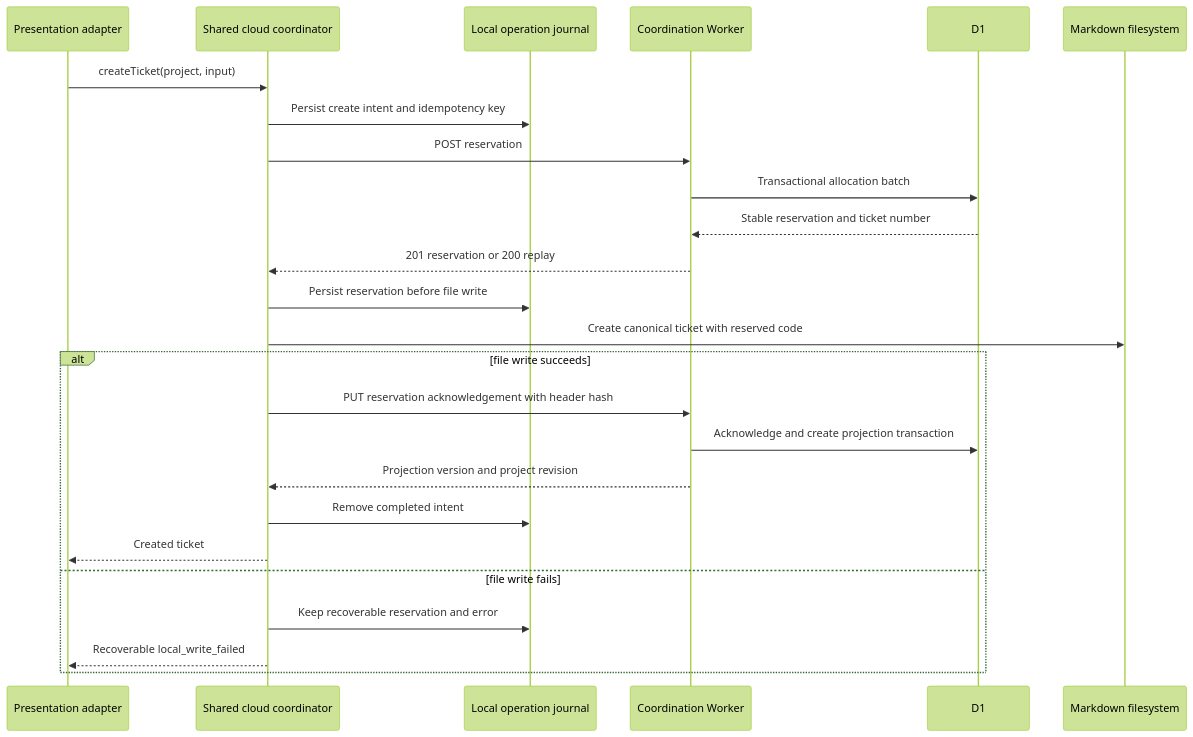
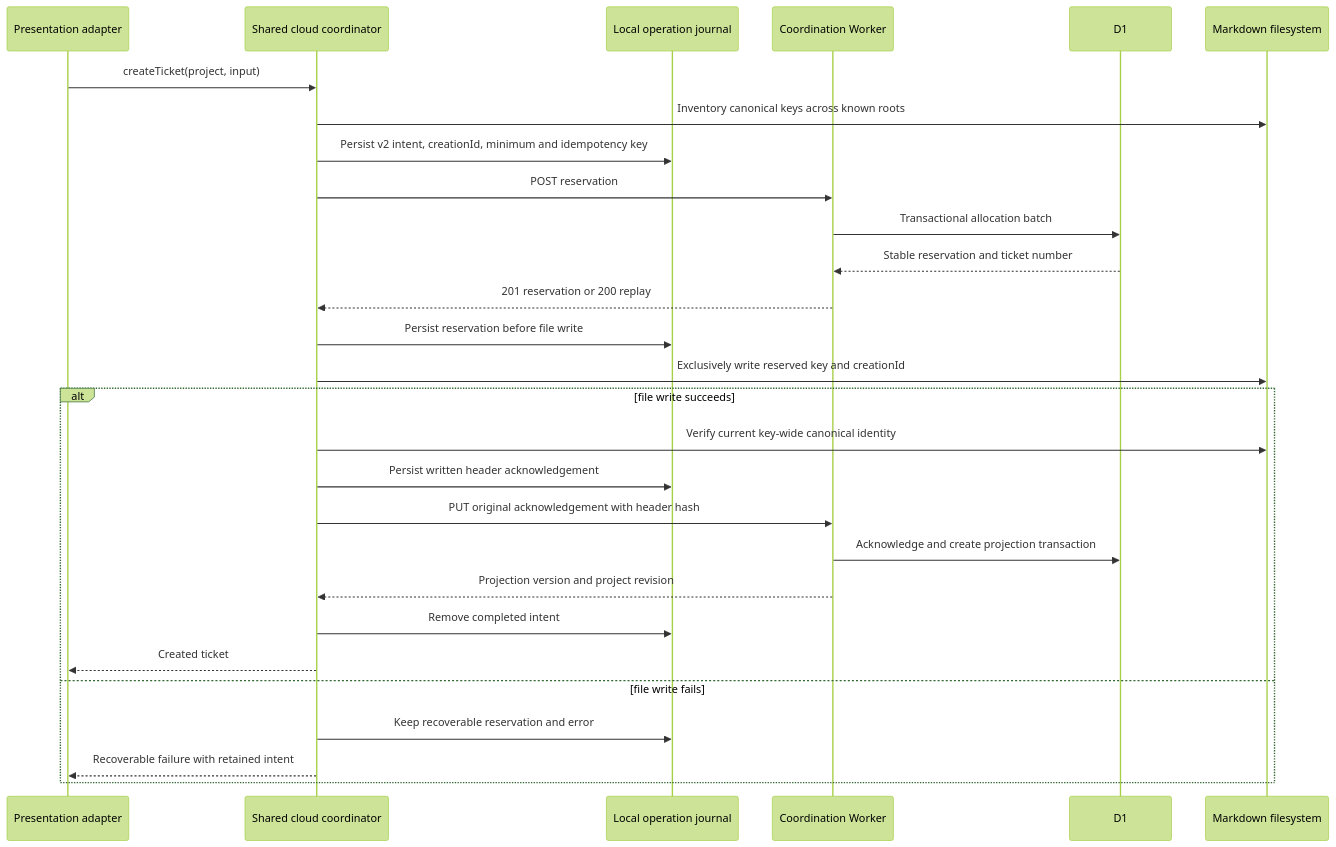
One commit to andkirby/markdown-ticket changed the second of 2 diagrams in docs/architecture/cloud-sync/data-and-consistency.md. Above: the diagram before and after it, drawn with Mermaid (forest theme). The commit also changed other lines of this file and 86 other files, not shown here.

````diff
--- a/docs/architecture/cloud-sync/data-and-consistency.md
+++ b/docs/architecture/cloud-sync/data-and-consistency.md
@@ -210,28 +215,31 @@
 ```mermaid
 sequenceDiagram
   participant A as Presentation adapter
   participant S as Shared cloud coordinator
   participant J as Local operation journal
   participant W as Coordination Worker
   participant D as D1
   participant F as Markdown filesystem
 
   A->>S: createTicket(project, input)
-  S->>J: Persist create intent and idempotency key
+  S->>F: Inventory canonical keys across known roots
+  S->>J: Persist v2 intent, creationId, minimum and idempotency key
   S->>W: POST reservation
   W->>D: Transactional allocation batch
   D-->>W: Stable reservation and ticket number
   W-->>S: 201 reservation or 200 replay
   S->>J: Persist reservation before file write
-  S->>F: Create canonical ticket with reserved code
+  S->>F: Exclusively write reserved key and creationId
   alt file write succeeds
-    S->>W: PUT reservation acknowledgement with header hash
+    S->>F: Verify current key-wide canonical identity
+    S->>J: Persist written header acknowledgement
+    S->>W: PUT original acknowledgement with header hash
     W->>D: Acknowledge and create projection transaction
     W-->>S: Projection version and project revision
     S->>J: Remove completed intent
     S-->>A: Created ticket
   else file write fails
     S->>J: Keep recoverable reservation and error
-    S-->>A: Recoverable local_write_failed
+    S-->>A: Recoverable failure with retained intent
   end
 ```
````
